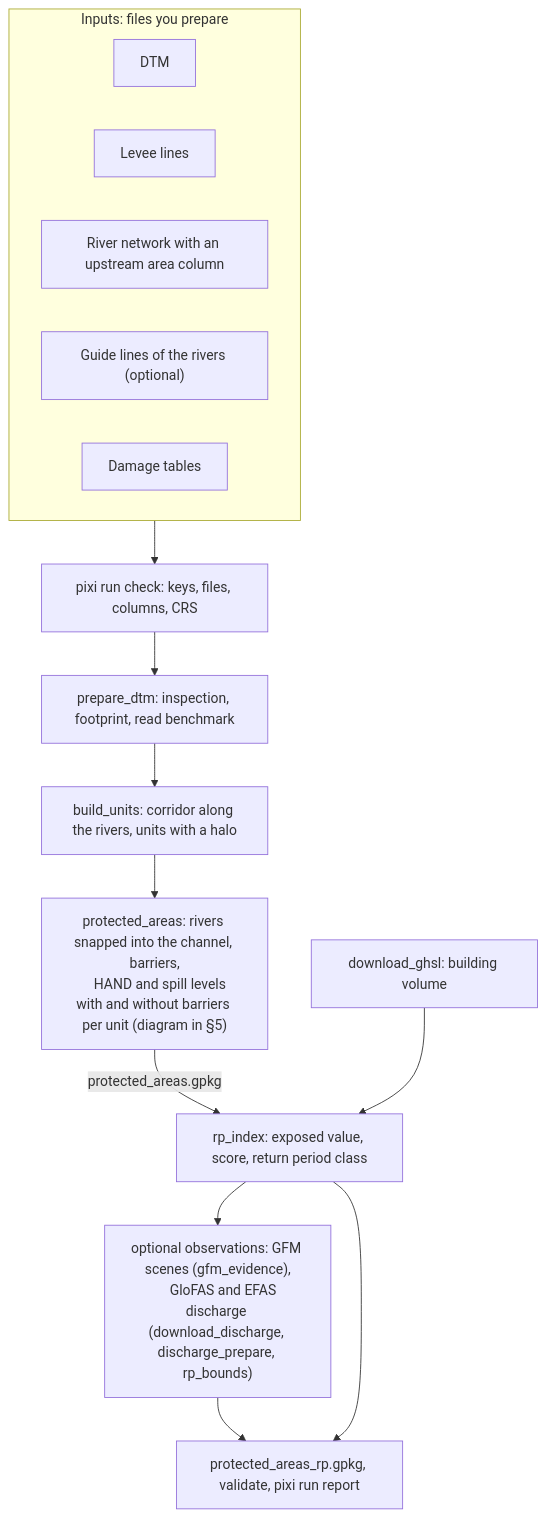
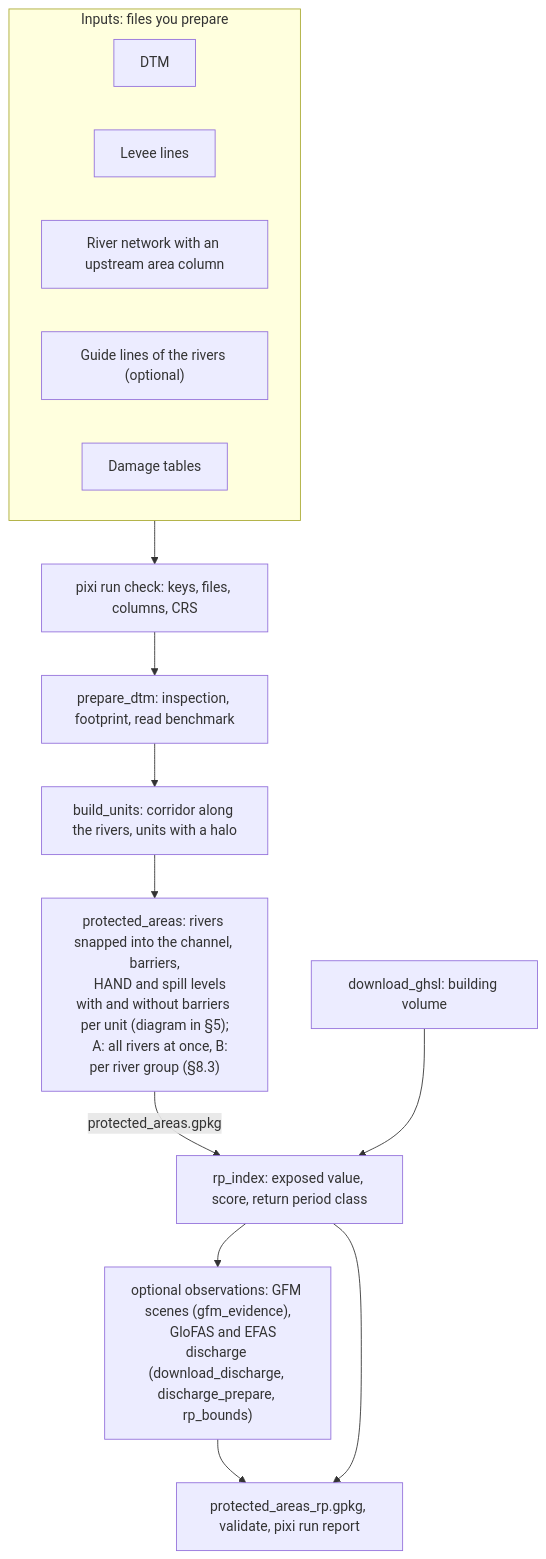
The first of 4 diagrams in README.md (zapletalj-cze/flood_defenses), drawn with Mermaid before and after one commit. The commit also changed other lines of this file and 5 other files, not shown here.

First line of the commit message:
Stage G: protected areas per river group (file B)

````diff
--- a/README.md
+++ b/README.md
@@ -32,25 +32,26 @@
 ```mermaid
 flowchart TD
     subgraph IN["Inputs: files you prepare"]
         DTM["DTM"]
         LEV["Levee lines"]
         RIV["River network with an upstream area column"]
         GUI["Guide lines of the rivers (optional)"]
         DMG["Damage tables"]
     end
     CHK["pixi run check: keys, files, columns, CRS"]
     PD["prepare_dtm: inspection, footprint, read benchmark"]
     BU["build_units: corridor along the rivers, units with a halo"]
     PA["protected_areas: rivers snapped into the channel, barriers,
-    HAND and spill levels with and without barriers per unit (diagram in §5)"]
+    HAND and spill levels with and without barriers per unit (diagram in §5);
+    A: all rivers at once, B: per river group (§8.3)"]
     GH["download_ghsl: building volume"]
     RI["rp_index: exposed value, score, return period class"]
     OBS["optional observations: GFM scenes (gfm_evidence),
     GloFAS and EFAS discharge (download_discharge, discharge_prepare, rp_bounds)"]
     OUT["protected_areas_rp.gpkg, validate, pixi run report"]
     IN --> CHK --> PD --> BU --> PA
     PA -- "protected_areas.gpkg" --> RI
     GH --> RI
     RI --> OBS --> OUT
     RI --> OUT
 ```
````
